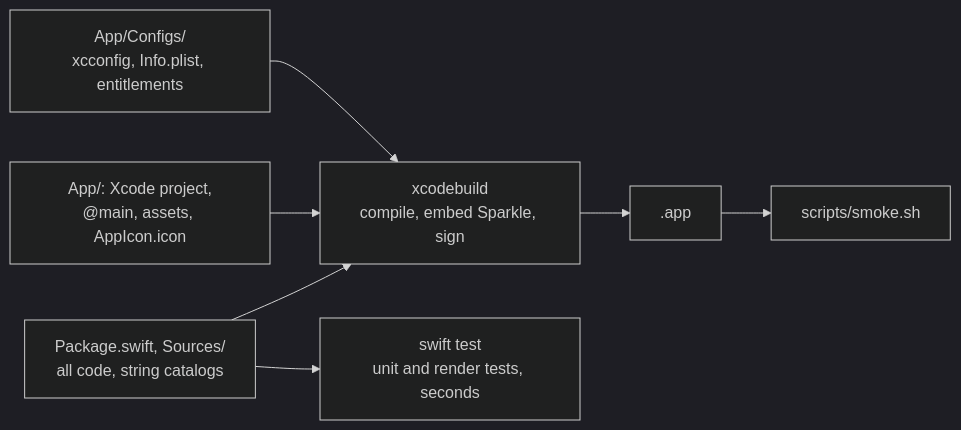
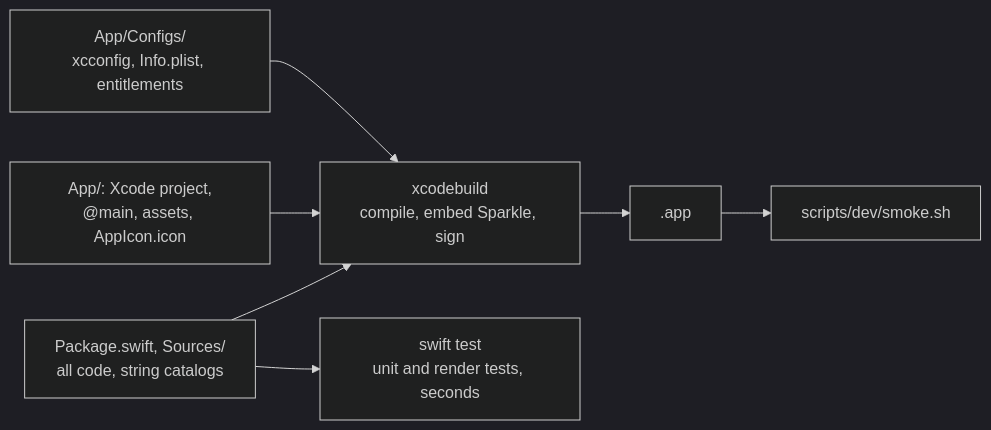
Before and after one commit to chengzi-io/macos-swiftui-spm-template: the first of 4 diagrams in docs/ARCHITECTURE.md, drawn with Mermaid (dark theme). The commit also changed other lines of this file and 157 other files, not shown here.

````diff
--- a/docs/ARCHITECTURE.md
+++ b/docs/ARCHITECTURE.md
@@ -9,8 +9,8 @@
 ```mermaid
 flowchart LR
     pkg["Package.swift, Sources/<br/>all code, string catalogs"] --> xb
     shell["App/: Xcode project,<br/>@main, assets, AppIcon.icon"] --> xb
     cfg["App/Configs/<br/>xcconfig, Info.plist, entitlements"] --> xb
-    xb["xcodebuild<br/>compile, embed Sparkle, sign"] --> app[".app"] --> smoke["scripts/smoke.sh"]
+    xb["xcodebuild<br/>compile, embed Sparkle, sign"] --> app[".app"] --> smoke["scripts/dev/smoke.sh"]
     pkg --> st["swift test<br/>unit and render tests, seconds"]
 ```
````
